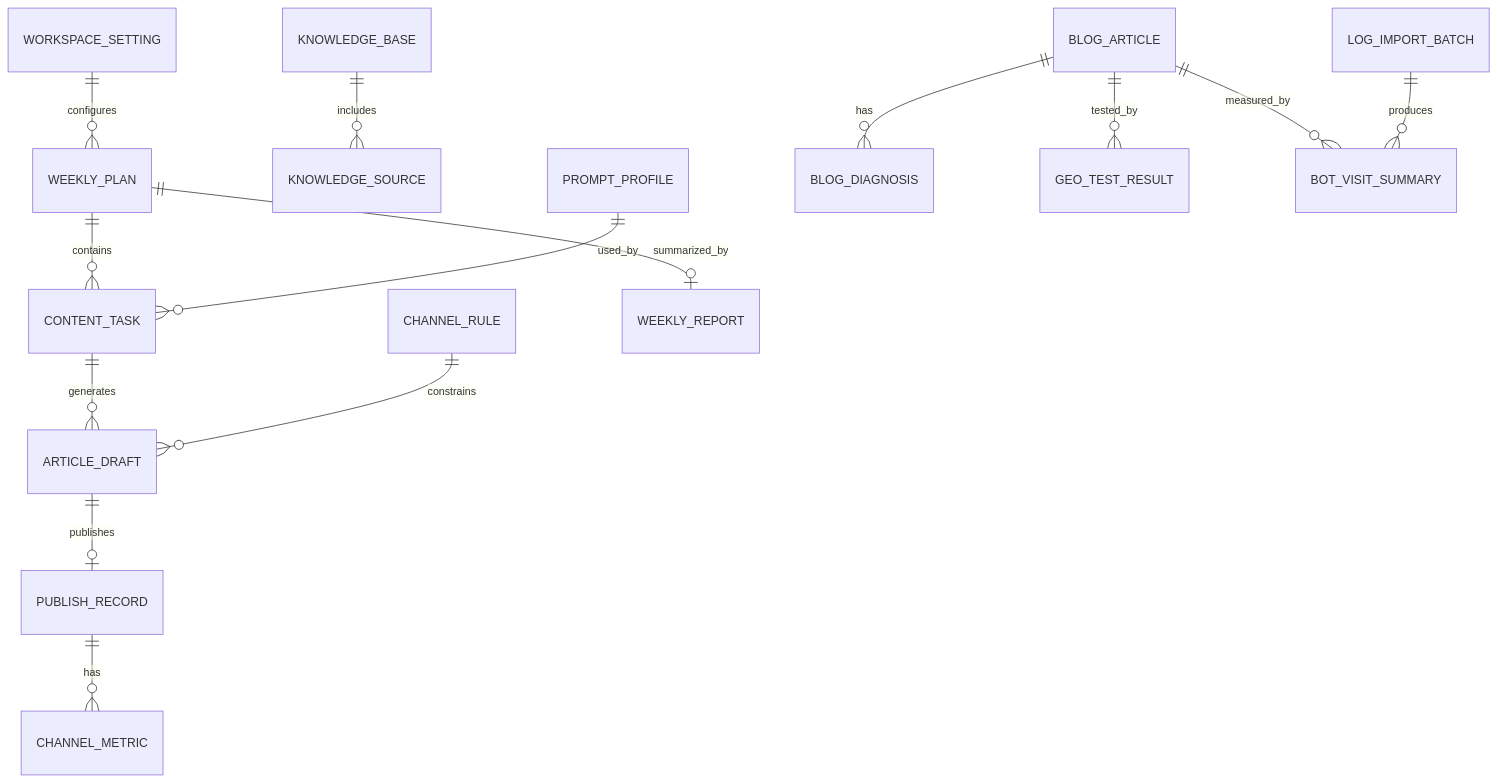
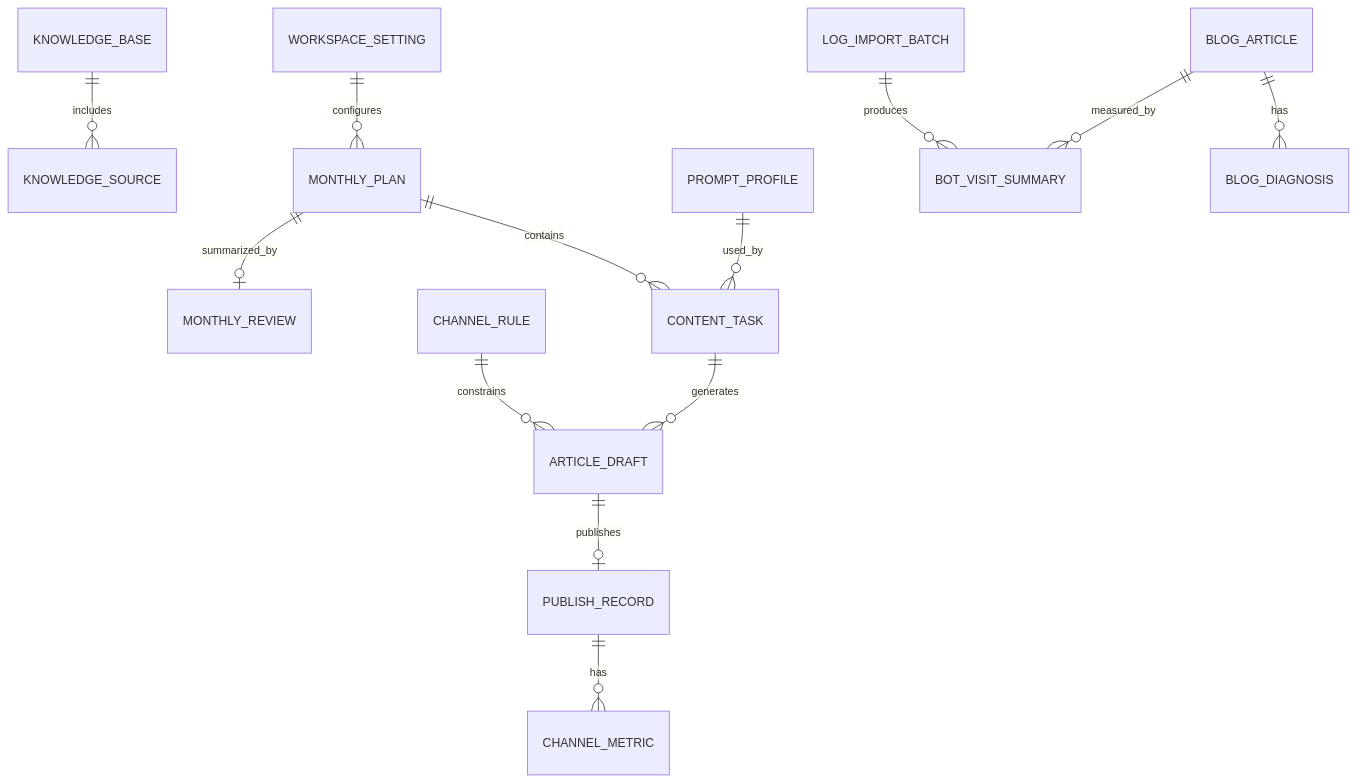
The third of 4 diagrams in docs/MVP-PRD2.md (1736280642-Star/gtm-content-growth-workbench), drawn with Mermaid before and after one commit. The commit also changed other lines of this file and 63 other files, not shown here.

````diff
--- a/docs/MVP-PRD2.md
+++ b/docs/MVP-PRD2.md
@@ -297,19 +287,18 @@
 ```mermaid
 erDiagram
-    WORKSPACE_SETTING ||--o{ WEEKLY_PLAN : configures
-    WEEKLY_PLAN ||--o{ CONTENT_TASK : contains
+    WORKSPACE_SETTING ||--o{ MONTHLY_PLAN : configures
+    MONTHLY_PLAN ||--o{ CONTENT_TASK : contains
     CONTENT_TASK ||--o{ ARTICLE_DRAFT : generates
     ARTICLE_DRAFT ||--o| PUBLISH_RECORD : publishes
     PUBLISH_RECORD ||--o{ CHANNEL_METRIC : has
 
     KNOWLEDGE_BASE ||--o{ KNOWLEDGE_SOURCE : includes
     PROMPT_PROFILE ||--o{ CONTENT_TASK : used_by
     CHANNEL_RULE ||--o{ ARTICLE_DRAFT : constrains
 
     BLOG_ARTICLE ||--o{ BLOG_DIAGNOSIS : has
-    BLOG_ARTICLE ||--o{ GEO_TEST_RESULT : tested_by
     BLOG_ARTICLE ||--o{ BOT_VISIT_SUMMARY : measured_by
     LOG_IMPORT_BATCH ||--o{ BOT_VISIT_SUMMARY : produces
 
-    WEEKLY_PLAN ||--o| WEEKLY_REPORT : summarized_by
+    MONTHLY_PLAN ||--o| MONTHLY_REVIEW : summarized_by
 ```
````
